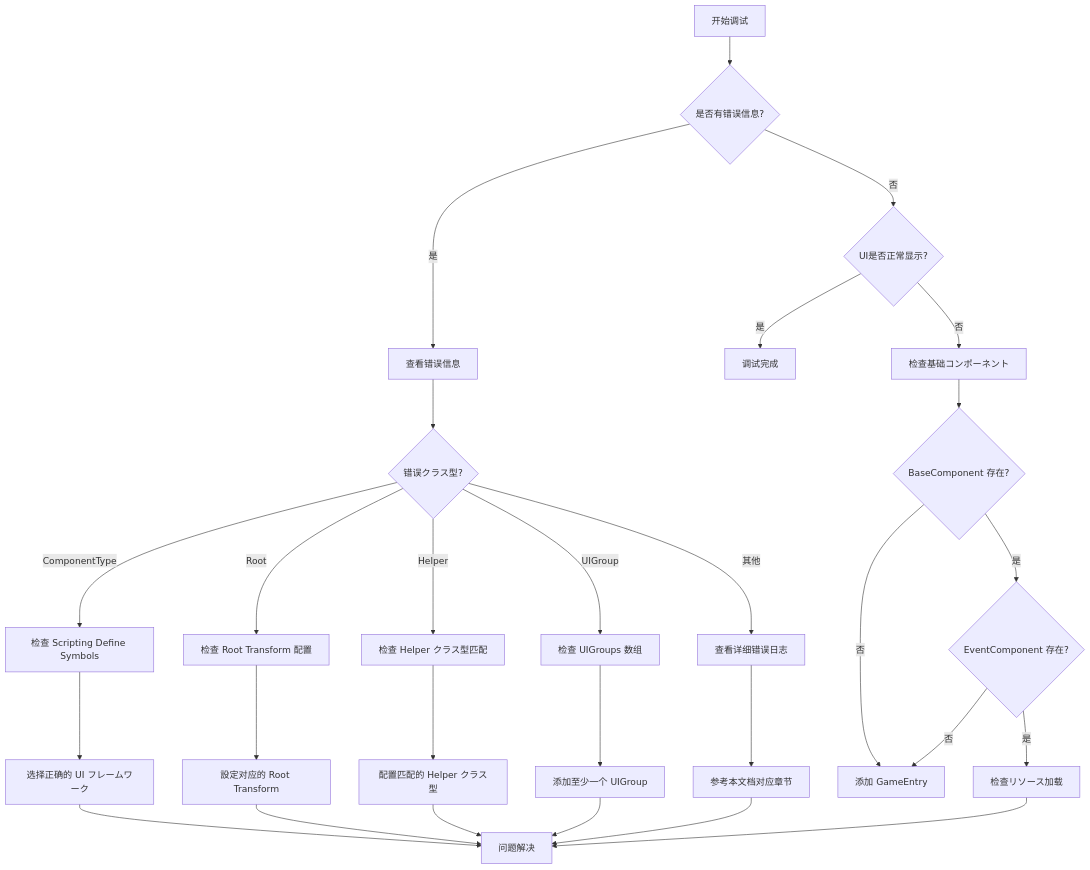
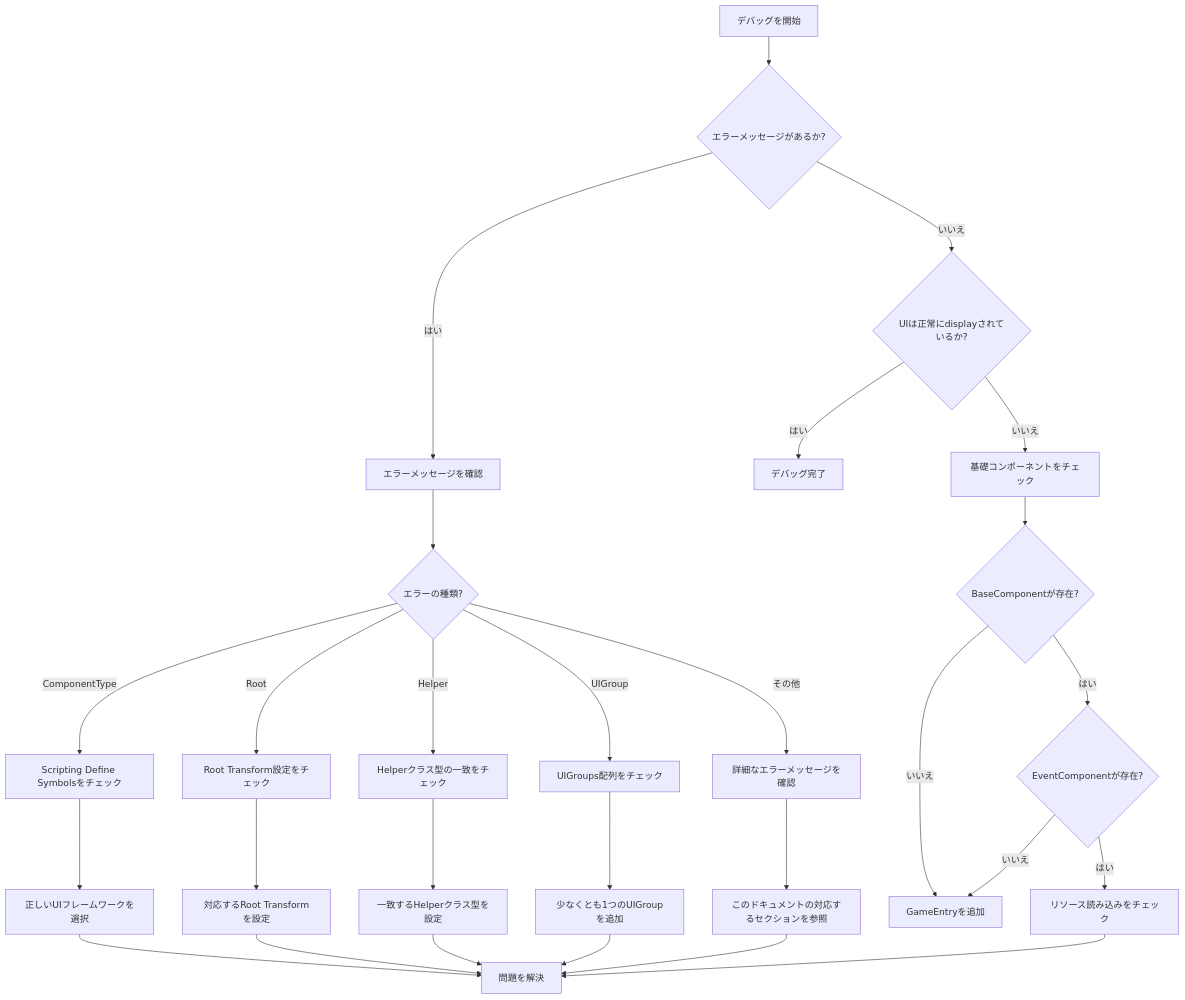
The diagram in docs/ja/client/unity/component/ui/17.troubleshooting.md (AlianBlank/GameFrameX.Docs), drawn with Mermaid before and after one commit. The commit also changed other lines of this file and 320 other files, not shown here.

````diff
--- a/docs/ja/client/unity/component/ui/17.troubleshooting.md
+++ b/docs/ja/client/unity/component/ui/17.troubleshooting.md
@@ -319,34 +319,34 @@
 ```mermaid
 flowchart TD
-    A[开始调试] --> B{是否有错误信息?}
-    B -->|是| C[查看错误信息]
-    B -->|否| D{UI是否正常显示?}
-    
-    C --> E{错误クラス型?}
-    E -->|ComponentType| F[检查 Scripting Define Symbols]
-    E -->|Root| G[检查 Root Transform 配置]
-    E -->|Helper| H[检查 Helper クラス型匹配]
-    E -->|UIGroup| I[检查 UIGroups 数组]
-    E -->|其他| J[查看详细错误日志]
-    
-    F --> K[选择正确的 UI フレームワーク]
-    G --> L[設定对应的 Root Transform]
-    H --> M[配置匹配的 Helper クラス型]
-    I --> N[添加至少一个 UIGroup]
-    J --> O[参考本文档对应章节]
-    
-    K --> P[问题解决]
+    A[デバッグを開始] --> B{エラーメッセージがあるか?}
+    B -->|はい| C[エラーメッセージを確認]
+    B -->|いいえ| D{UIは正常にdisplayされているか?}
+
+    C --> E{エラーの種類?}
+    E -->|ComponentType| F[Scripting Define Symbolsをチェック]
+    E -->|Root| G[Root Transform設定をチェック]
+    E -->|Helper| H[Helperクラス型の一致をチェック]
+    E -->|UIGroup| I[UIGroups配列をチェック]
+    E -->|その他| J[詳細なエラーメッセージを確認]
+
+    F --> K[正しいUIフレームワークを選択]
+    G --> L[対応するRoot Transformを設定]
+    H --> M[一致するHelperクラス型を設定]
+    I --> N[少なくとも1つのUIGroupを追加]
+    J --> O[このドキュメントの対応するセクションを参照]
+
+    K --> P[問題を解決]
     L --> P
     M --> P
     N --> P
     O --> P
-    
-    D -->|是| Q[调试完成]
-    D -->|否| R[检查基础コンポーネント]
-    R --> S{BaseComponent 存在?}
-    S -->|否| T[添加 GameEntry]
-    S -->|是| U{EventComponent 存在?}
-    U -->|否| T
-    U -->|是| V[检查リソース加载]
+
+    D -->|はい| Q[デバッグ完了]
+    D -->|いいえ| R[基礎コンポーネントをチェック]
+    R --> S{BaseComponentが存在?}
+    S -->|いいえ| T[GameEntryを追加]
+    S -->|はい| U{EventComponentが存在?}
+    U -->|いいえ| T
+    U -->|はい| V[リソース読み込みをチェック]
     V --> P
 ```
````
